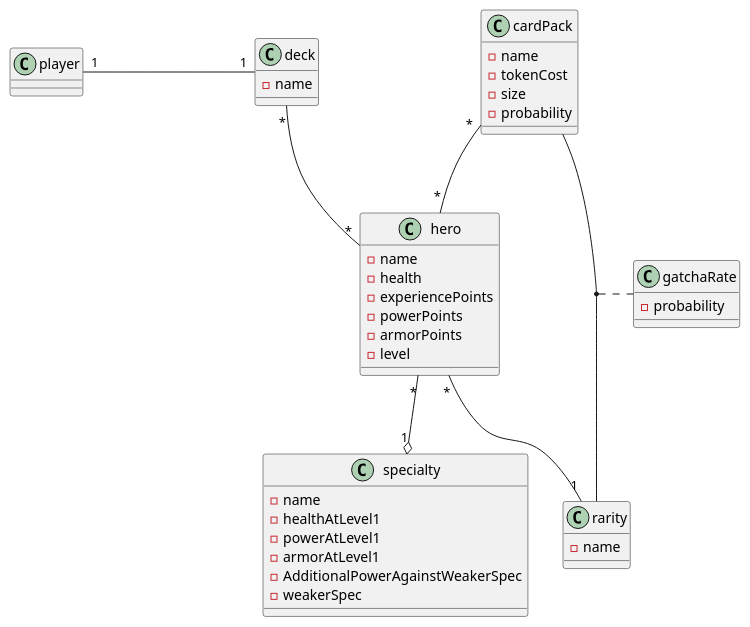
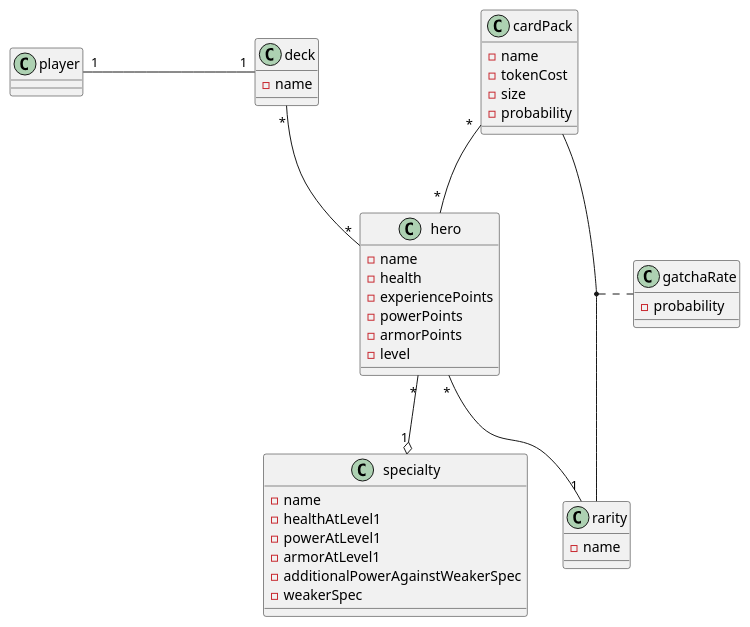
One commit to shelbon/clean-code-card-game changed the diagram in docs/classeMetier.puml. Above: the diagram before and after it, drawn with PlantUML.

Commit message:
Update classeMetier.puml
Fix typo

```diff
--- a/docs/classeMetier.puml
+++ b/docs/classeMetier.puml
@@ -1,43 +1,43 @@
 @startuml
 class hero{
     - name
     - health
     - experiencePoints
     - powerPoints
     - armorPoints
     - level
 }
 
 class specialty {
     - name
     - healthAtLevel1
     - powerAtLevel1
     - armorAtLevel1
-    - AdditionalPowerAgainstWeakerSpec
+    - additionalPowerAgainstWeakerSpec
     - weakerSpec
 }
 class cardPack{
     - name
     - tokenCost
     - size
     - probability
 }
 class gatchaRate {
       - probability
 }
 class rarity{
       - name
 }
 class deck  {
     - name
 }
 class player {
 
 }
 player "1"- "1" deck:\t\t\t\t\t
 hero "*"-"1" rarity:\t\t\t\t
 hero "*" --o "1" specialty
 deck "*" --"*" hero :"\t\t\t\t\t"
 cardPack "*" --"*" hero :"\t\t\t\t"
 (cardPack,rarity) .. gatchaRate
 @end
```
